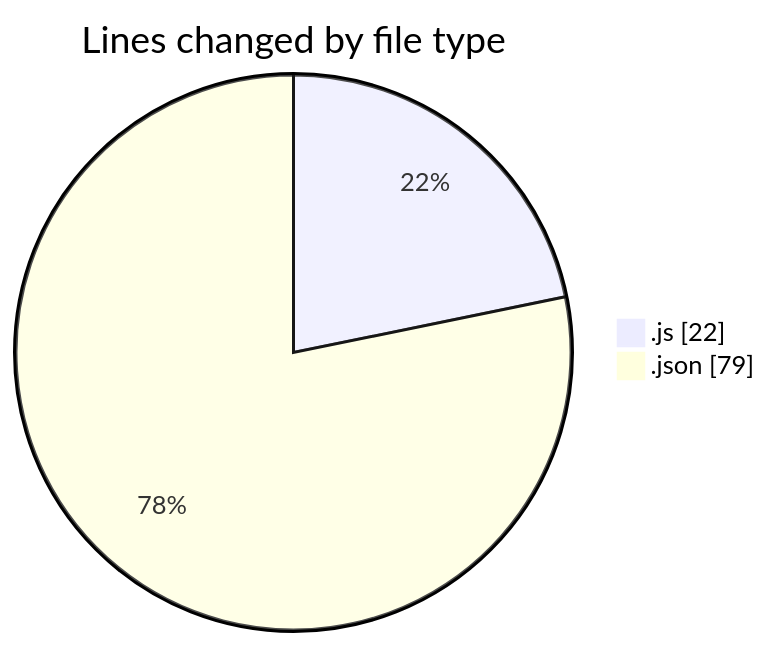
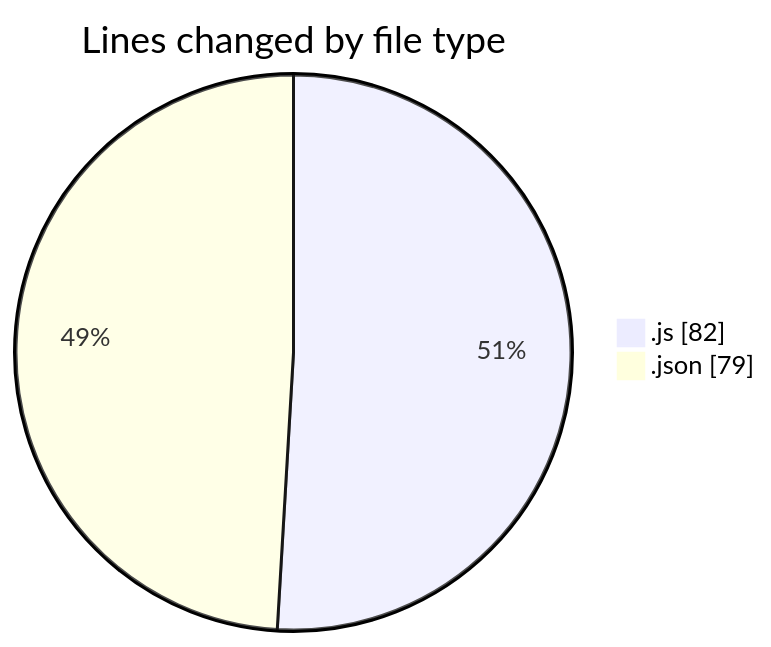
Before and after one commit to momahboobian/code-tracking: the first of 2 diagrams in 2025-01-31/cda/README.md, drawn with Mermaid. The commit also changed other lines of this file and 1 other file, not shown here.

````diff
--- a/2025-01-31/cda/README.md
+++ b/2025-01-31/cda/README.md
@@ -21,6 +22,6 @@
 ```mermaid
 pie showData
 title Lines changed by file type
-".js" : 22
+".js" : 82
 ".json" : 79
 ```
````
